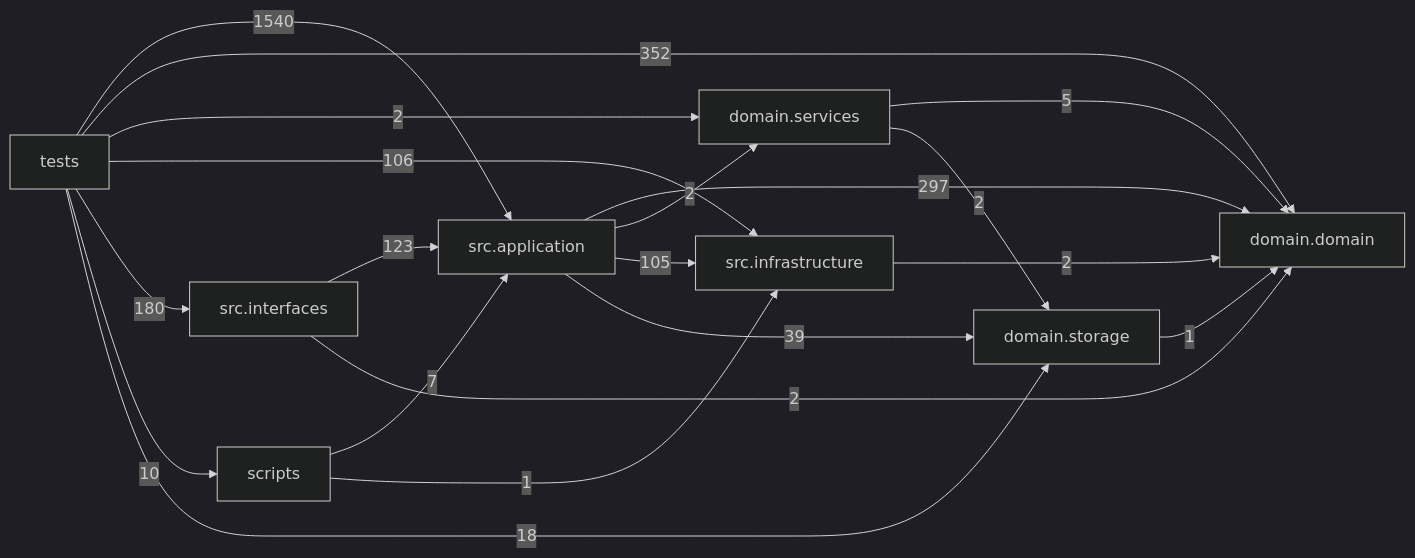
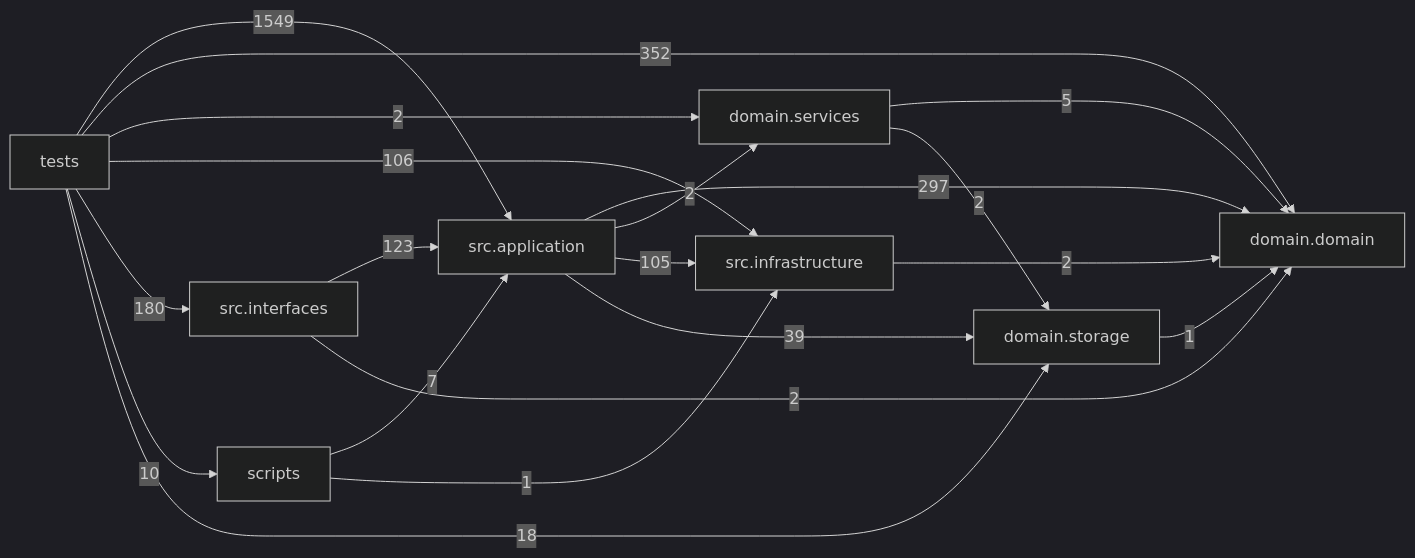
Before and after one commit to liuxie066/options-monitor: the diagram in docs/DEPENDENCY_GRAPH.md, drawn with Mermaid (dark theme). The commit also changed other lines of this file and 21 other files, not shown here.

````diff
--- a/docs/DEPENDENCY_GRAPH.md
+++ b/docs/DEPENDENCY_GRAPH.md
@@ -24,30 +24,30 @@
 ```mermaid
 flowchart LR
   tests["tests"]
   scripts["scripts"]
   interfaces["src.interfaces"]
   application["src.application"]
   infrastructure["src.infrastructure"]
   domain_services["domain.services"]
   domain["domain.domain"]
   storage["domain.storage"]
   application -->|297| domain
   application -->|2| domain_services
   application -->|105| infrastructure
   application -->|39| storage
   domain_services -->|5| domain
   domain_services -->|2| storage
   infrastructure -->|2| domain
   interfaces -->|123| application
   interfaces -->|2| domain
   scripts -->|7| application
   scripts -->|1| infrastructure
   storage -->|1| domain
-  tests -->|1540| application
+  tests -->|1549| application
   tests -->|352| domain
   tests -->|2| domain_services
   tests -->|106| infrastructure
   tests -->|180| interfaces
   tests -->|10| scripts
   tests -->|18| storage
 ```
````
